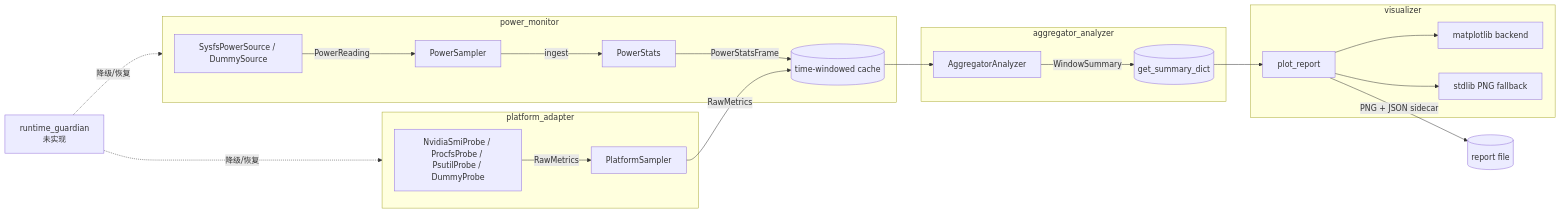
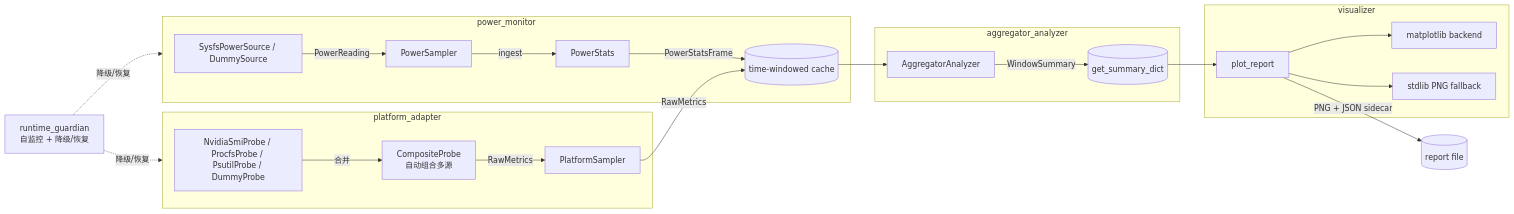
Before and after one commit to gypg/ai-edge-monitor: the diagram in README.md, drawn with Mermaid. The commit also changed other lines of this file and 2 other files, not shown here.

Commit message:
feat: auto-combine psutil + nvidia-smi probes and fix README
- Add CompositeProbe that chains multiple probes and merges their
  readings (CPU/memory from psutil + GPU/temp from nvidia-smi)
- select_default_probe() now auto-detects nvidia-smi and composes it
  with the primary probe, so GPU metrics appear alongside CPU/memory
  on machines with NVIDIA GPUs (Windows, Linux x86 with discrete GPU)
- Fix README: remove "未实现" from runtime_guardian in architecture
  diagram (it has been fully implemented since Phase A)
- Fix README: correct directory tree name to match package name
- Update GitHub repo description and topics

````diff
--- a/README.md
+++ b/README.md
@@ -74,40 +74,42 @@
 ```mermaid
 flowchart LR
     subgraph Adapter[platform_adapter]
         Probe[NvidiaSmiProbe / ProcfsProbe / PsutilProbe / DummyProbe]
+        Composite[CompositeProbe<br/>自动组合多源]
         PSampler[PlatformSampler]
-        Probe -->|RawMetrics| PSampler
+        Probe -->|合并| Composite
+        Composite -->|RawMetrics| PSampler
     end
 
     subgraph Power[power_monitor]
         Source[SysfsPowerSource / DummySource]
         PWSampler[PowerSampler]
         Stats[PowerStats]
         Source -->|PowerReading| PWSampler
         PWSampler -->|ingest| Stats
         Stats -->|PowerStatsFrame| Bus
     end
 
     PSampler -->|RawMetrics| Bus
 
     subgraph Analyzer[aggregator_analyzer]
         Agg[AggregatorAnalyzer]
         Bus[(time-windowed cache)]
         Bus --> Agg
         Agg -->|WindowSummary| Out
     end
 
     subgraph Viz[visualizer]
         Render[plot_report]
         MPL[matplotlib backend]
         Std[stdlib PNG fallback]
         Render --> MPL
         Render --> Std
     end
 
     Out[(get_summary_dict)] --> Render
     Render -->|PNG + JSON sidecar| Disk[(report file)]
 
-    Guardian[runtime_guardian<br/>未实现] -.降级/恢复.-> Power
+    Guardian[runtime_guardian<br/>自监控 + 降级/恢复] -.降级/恢复.-> Power
     Guardian -.降级/恢复.-> Adapter
 ```
````
